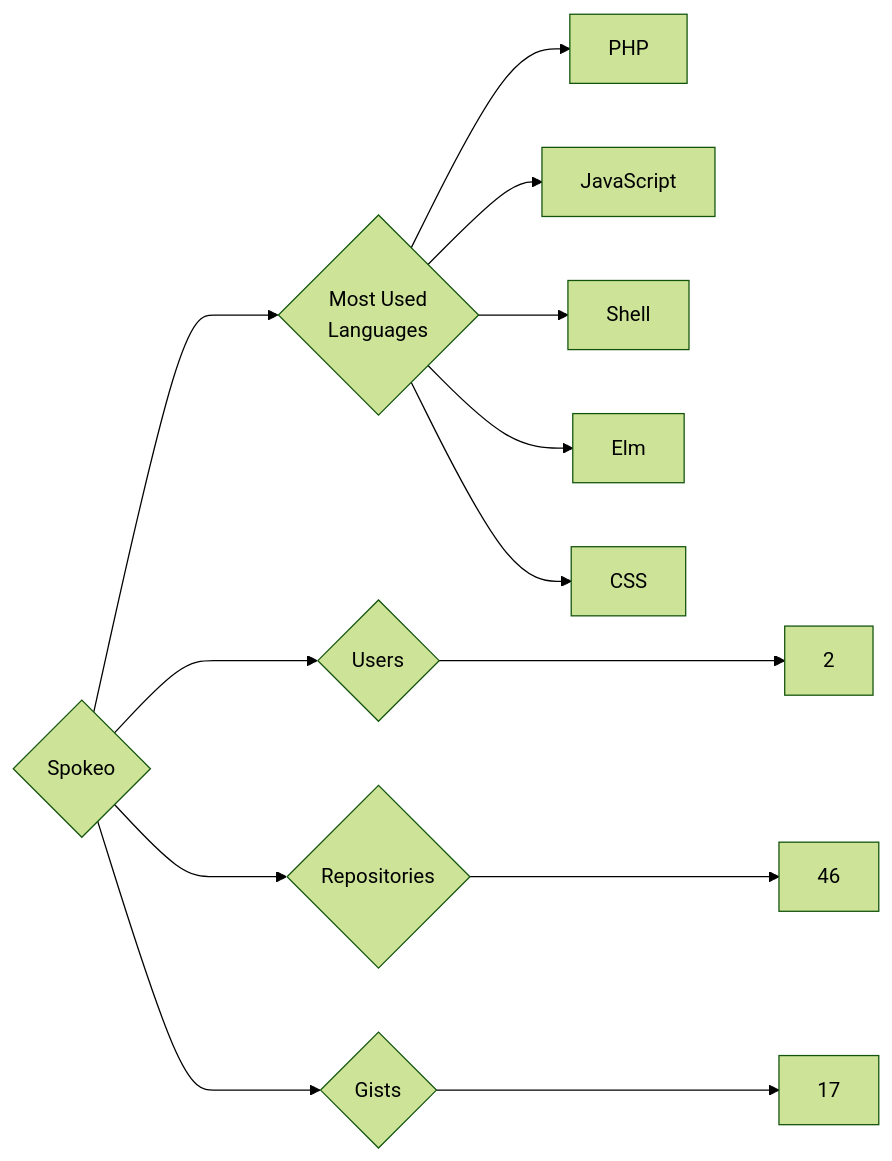
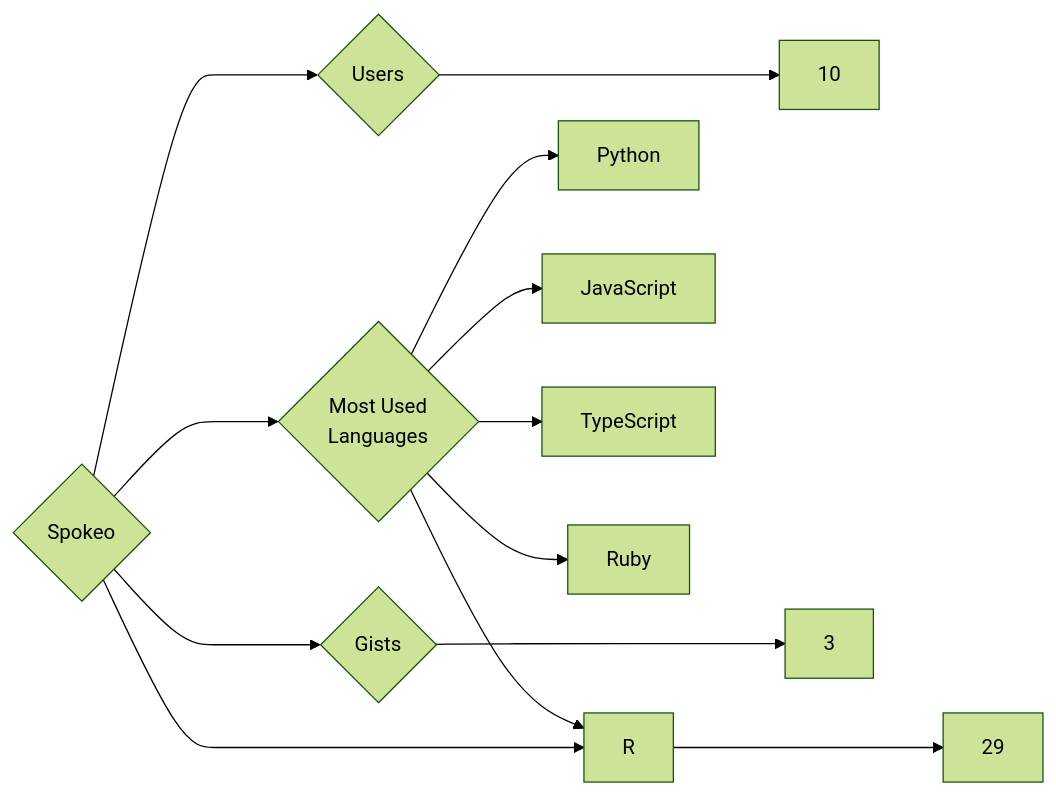
Before and after one commit to trickest/insiders: the diagram in targets/Spokeo/README.md, drawn with Mermaid (forest theme). The commit also changed 833 other files, not shown here.

````diff
--- a/targets/Spokeo/README.md
+++ b/targets/Spokeo/README.md
@@ -3,13 +3,13 @@
 ```mermaid
 graph LR
 COMPANY_NAME{Spokeo}
-COMPANY_NAME ---> U{Users} ---> UN[2]
-COMPANY_NAME ---> R{Repositories} ---> RN[46]
-COMPANY_NAME ---> G{Gists} ---> GN[17]
+COMPANY_NAME ---> U{Users} ---> UN[10]
+COMPANY_NAME ---> R{Repositories} ---> RN[29]
+COMPANY_NAME ---> G{Gists} ---> GN[3]
 COMPANY_NAME ---> ML{Most Used<br>Languages}
-ML --> PHP[PHP]
+ML --> Python[Python]
 ML --> JavaScript[JavaScript]
-ML --> Shell[Shell]
-ML --> Elm[Elm]
-ML --> CSS[CSS]
+ML --> R[R]
+ML --> TypeScript[TypeScript]
+ML --> Ruby[Ruby]
 ```
````
